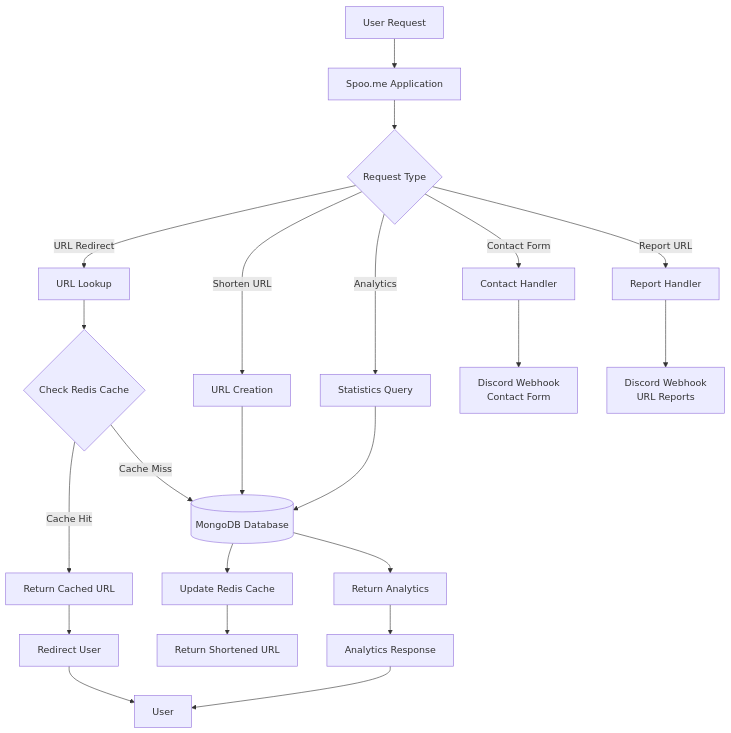
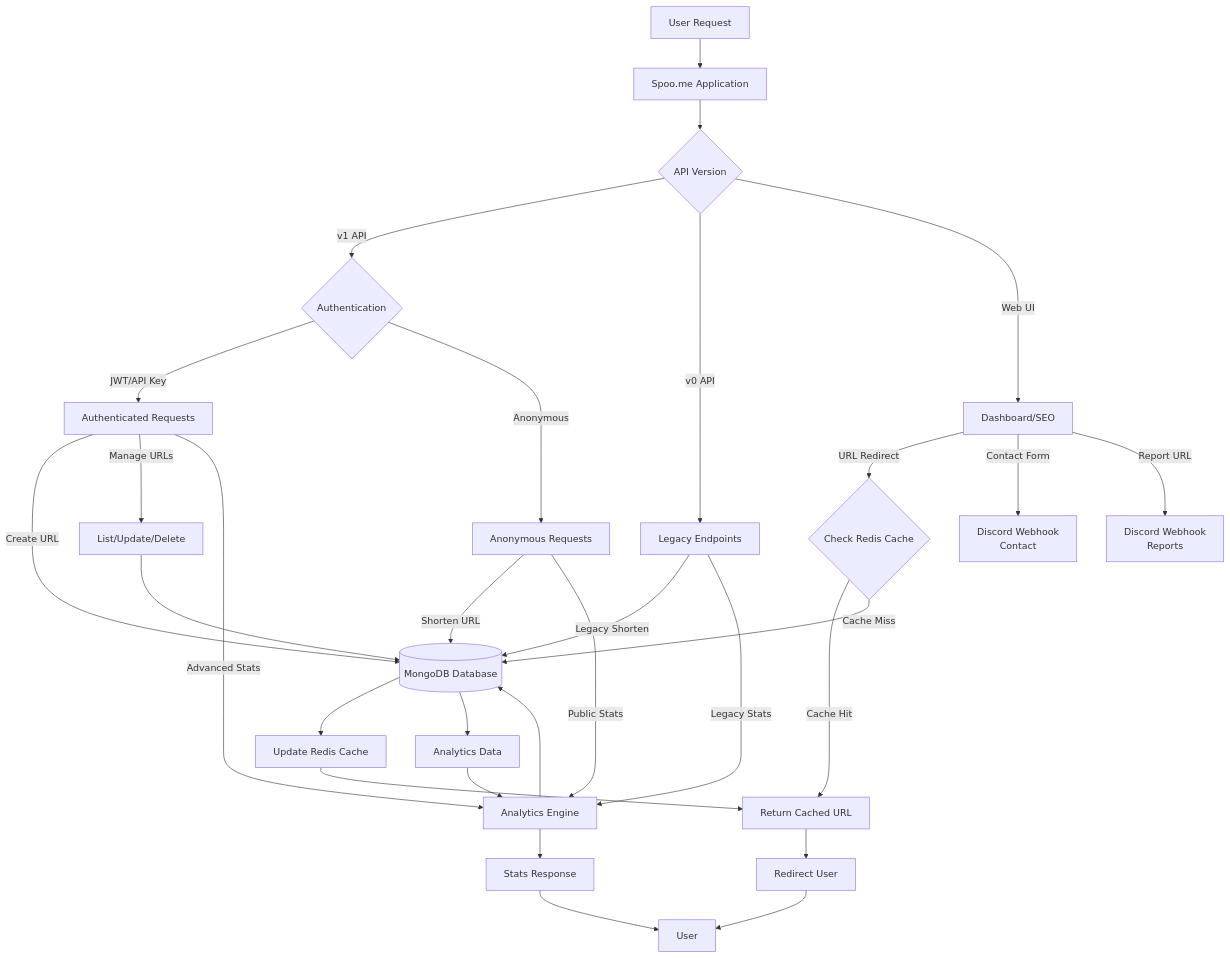
Before and after one commit to spoo-me/docs: the diagram in self-hosting/introduction.mdx, drawn with Mermaid. The commit also changed other lines of this file and 12 other files, not shown here.

````diff
--- a/self-hosting/introduction.mdx
+++ b/self-hosting/introduction.mdx
@@ -19,29 +19,41 @@
 ```mermaid
 graph TD
     A[User Request] --> B[Spoo.me Application]
-    B --> C{Request Type}
+    B --> C{API Version}
     
-    C -->|URL Redirect| D[URL Lookup]
-    C -->|Shorten URL| E[URL Creation]
-    C -->|Analytics| F[Statistics Query]
-    C -->|Contact Form| G[Contact Handler]
-    C -->|Report URL| H[Report Handler]
+    C -->|v1 API| D{Authentication}
+    C -->|v0 API| E[Legacy Endpoints]
+    C -->|Web UI| F[Dashboard/SEO]
     
-    D --> I{Check Redis Cache}
-    I -->|Cache Hit| J[Return Cached URL]
-    I -->|Cache Miss| K[(MongoDB Database)]
-    K --> L[Update Redis Cache]
-    L --> M[Return Shortened URL]
+    D -->|JWT/API Key| G[Authenticated Requests]
+    D -->|Anonymous| H[Anonymous Requests]
     
-    E --> K
-    F --> K
-    K --> N[Return Analytics]
+    G -->|Create URL| I[(MongoDB Database)]
+    G -->|Manage URLs| J[List/Update/Delete]
+    G -->|Advanced Stats| K[Analytics Engine]
     
-    G --> O[Discord Webhook<br/>Contact Form]
-    H --> P[Discord Webhook<br/>URL Reports]
+    H -->|Shorten URL| I
+    H -->|Public Stats| K
     
-    J --> Q[Redirect User]
-    N --> R[Analytics Response]
-    Q --> S[User]
-    R --> S
+    E -->|Legacy Shorten| I
+    E -->|Legacy Stats| K
+    
+    F -->|URL Redirect| L{Check Redis Cache}
+    L -->|Cache Hit| M[Return Cached URL]
+    L -->|Cache Miss| I
+    I --> N[Update Redis Cache]
+    N --> M
+    
+    J --> I
+    K --> I
+    I --> O[Analytics Data]
+    O --> K
+    
+    F -->|Contact Form| P[Discord Webhook<br/>Contact]
+    F -->|Report URL| Q[Discord Webhook<br/>Reports]
+    
+    M --> R[Redirect User]
+    K --> S[Stats Response]
+    R --> T[User]
+    S --> T
 ```
````
